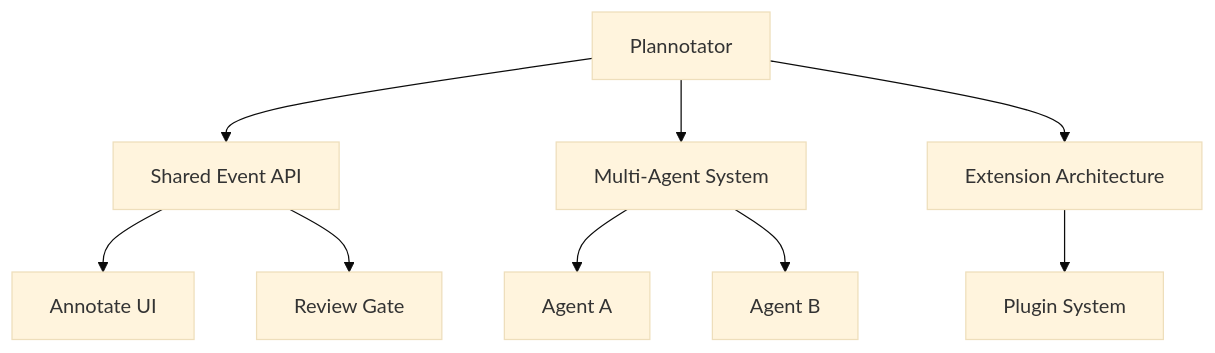
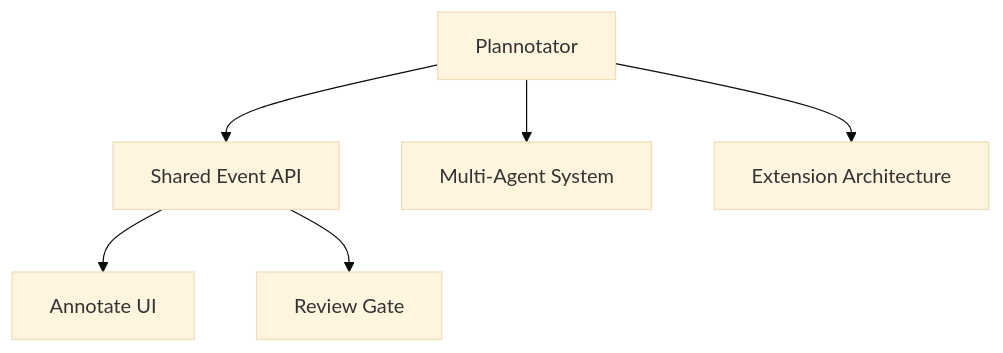
One commit to CheerioCorner/cheerio-skills changed the fourth of 5 diagrams in skills/knowledge-garden-visualmap/SKILL.md. Above: the diagram before and after it, drawn with Mermaid (base theme). The commit also changed other lines of this file and 4 other files, not shown here.

First line of the commit message:
🔄 更新 skills：視覺地圖改為直接寫入 Mermaid

````diff
--- a/skills/knowledge-garden-visualmap/SKILL.md
+++ b/skills/knowledge-garden-visualmap/SKILL.md
@@ -49,11 +157,8 @@
 ```mermaid
 graph TD
     A[Plannotator] --> B[Shared Event API]
     A --> C[Multi-Agent System]
     A --> D[Extension Architecture]
     B --> E[Annotate UI]
     B --> F[Review Gate]
-    C --> G[Agent A]
-    C --> H[Agent B]
-    D --> I[Plugin System]
 ```
````
